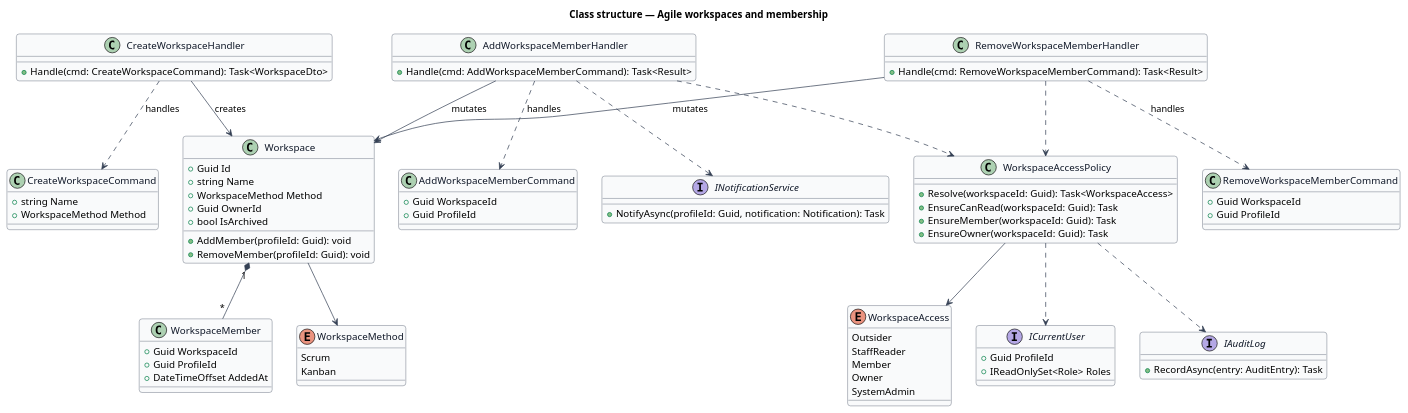
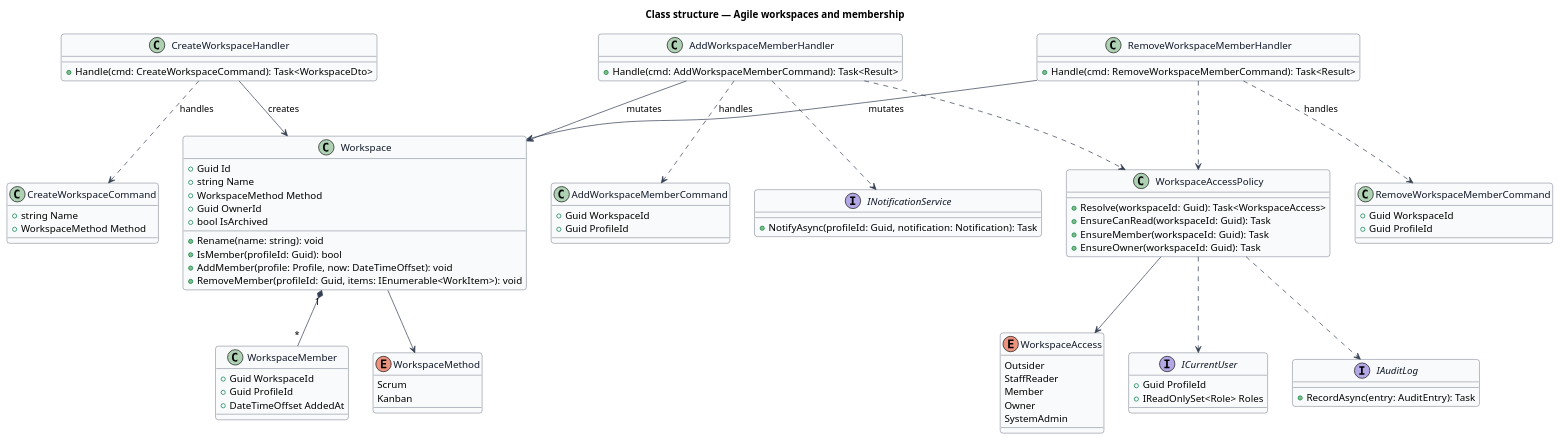
The diagram in docs/detailed-designs/agile/workspaces-and-membership/diagrams/class-structure.puml (QuinntyneBrown/faithtech-community), drawn with PlantUML before and after one commit. The commit also changed 96 other files, not shown here.

```diff
--- a/docs/detailed-designs/agile/workspaces-and-membership/diagrams/class-structure.puml
+++ b/docs/detailed-designs/agile/workspaces-and-membership/diagrams/class-structure.puml
@@ -1,90 +1,92 @@
 @startuml
 skinparam backgroundColor #FFFFFF
 skinparam shadowing false
 skinparam roundcorner 8
 skinparam defaultFontName Arial
 skinparam ArrowColor #344054
 skinparam class {
   BorderColor #344054
   FontColor #101828
   BackgroundColor #F9FAFB
 }
 title Class structure — Agile workspaces and membership
 
 enum WorkspaceMethod {
   Scrum
   Kanban
 }
 enum WorkspaceAccess {
   Outsider
   StaffReader
   Member
   Owner
   SystemAdmin
 }
 class Workspace {
   +Guid Id
   +string Name
   +WorkspaceMethod Method
   +Guid OwnerId
   +bool IsArchived
-  +AddMember(profileId: Guid): void
-  +RemoveMember(profileId: Guid): void
+  +Rename(name: string): void
+  +IsMember(profileId: Guid): bool
+  +AddMember(profile: Profile, now: DateTimeOffset): void
+  +RemoveMember(profileId: Guid, items: IEnumerable<WorkItem>): void
 }
 class WorkspaceMember {
   +Guid WorkspaceId
   +Guid ProfileId
   +DateTimeOffset AddedAt
 }
 class CreateWorkspaceCommand {
   +string Name
   +WorkspaceMethod Method
 }
 class AddWorkspaceMemberCommand {
   +Guid WorkspaceId
   +Guid ProfileId
 }
 class RemoveWorkspaceMemberCommand {
   +Guid WorkspaceId
   +Guid ProfileId
 }
 class CreateWorkspaceHandler {
   +Handle(cmd: CreateWorkspaceCommand): Task<WorkspaceDto>
 }
 class AddWorkspaceMemberHandler {
   +Handle(cmd: AddWorkspaceMemberCommand): Task<Result>
 }
 class RemoveWorkspaceMemberHandler {
   +Handle(cmd: RemoveWorkspaceMemberCommand): Task<Result>
 }
 class WorkspaceAccessPolicy {
   +Resolve(workspaceId: Guid): Task<WorkspaceAccess>
   +EnsureCanRead(workspaceId: Guid): Task
   +EnsureMember(workspaceId: Guid): Task
   +EnsureOwner(workspaceId: Guid): Task
 }
 interface ICurrentUser {
   +Guid ProfileId
   +IReadOnlySet<Role> Roles
 }
 interface INotificationService {
   +NotifyAsync(profileId: Guid, notification: Notification): Task
 }
 interface IAuditLog {
   +RecordAsync(entry: AuditEntry): Task
 }
 Workspace "1" *-- "*" WorkspaceMember
 Workspace --> WorkspaceMethod
 CreateWorkspaceHandler ..> CreateWorkspaceCommand : handles
 AddWorkspaceMemberHandler ..> AddWorkspaceMemberCommand : handles
 RemoveWorkspaceMemberHandler ..> RemoveWorkspaceMemberCommand : handles
 CreateWorkspaceHandler --> Workspace : creates
 AddWorkspaceMemberHandler --> Workspace : mutates
 RemoveWorkspaceMemberHandler --> Workspace : mutates
 AddWorkspaceMemberHandler ..> WorkspaceAccessPolicy
 RemoveWorkspaceMemberHandler ..> WorkspaceAccessPolicy
 AddWorkspaceMemberHandler ..> INotificationService
 WorkspaceAccessPolicy ..> ICurrentUser
 WorkspaceAccessPolicy ..> IAuditLog
 WorkspaceAccessPolicy --> WorkspaceAccess
 @enduml
```
